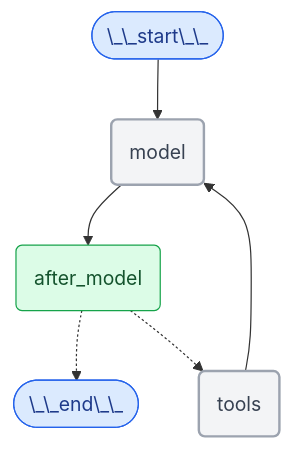
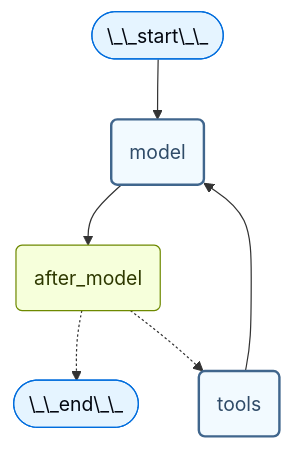
Before and after one commit to kunfan96/cndocs-langchain: the second of 2 diagrams in oss/javascript/langchain/short-term-memory.mdx, drawn with Mermaid. The commit also changed other lines of this file and 2538 other files, not shown here.

````diff
--- a/oss/javascript/langchain/short-term-memory.mdx
+++ b/oss/javascript/langchain/short-term-memory.mdx
@@ -575,28 +612,28 @@
 ```mermaid
 %%{
     init: {
         "fontFamily": "monospace",
         "flowchart": {
         "curve": "basis"
         }
     }
 }%%
 graph TD
     S(["\_\_start\_\_"])
     MODEL(model)
     POST(after_model)
     TOOLS(tools)
     END(["\_\_end\_\_"])
     S --> MODEL
     MODEL --> POST
     POST -.-> END
     POST -.-> TOOLS
     TOOLS --> MODEL
-    classDef blueHighlight fill:#DBEAFE,stroke:#2563EB,color:#1E3A8A;
-    classDef greenHighlight fill:#DCFCE7,stroke:#16A34A,color:#14532D;
-    classDef neutral fill:#F3F4F6,stroke:#9CA3AF,stroke-width:2px,color:#374151;
+    classDef blueHighlight fill:#E5F4FF,stroke:#006DDD,color:#030710;
+    classDef greenHighlight fill:#F6FFDB,stroke:#6E8900,color:#2E3900;
+    classDef neutral fill:#F2FAFF,stroke:#40668D,stroke-width:2px,color:#2F4B68;
     class S blueHighlight;
     class END blueHighlight;
     class POST greenHighlight;
     class MODEL,TOOLS neutral;
 ```
````
